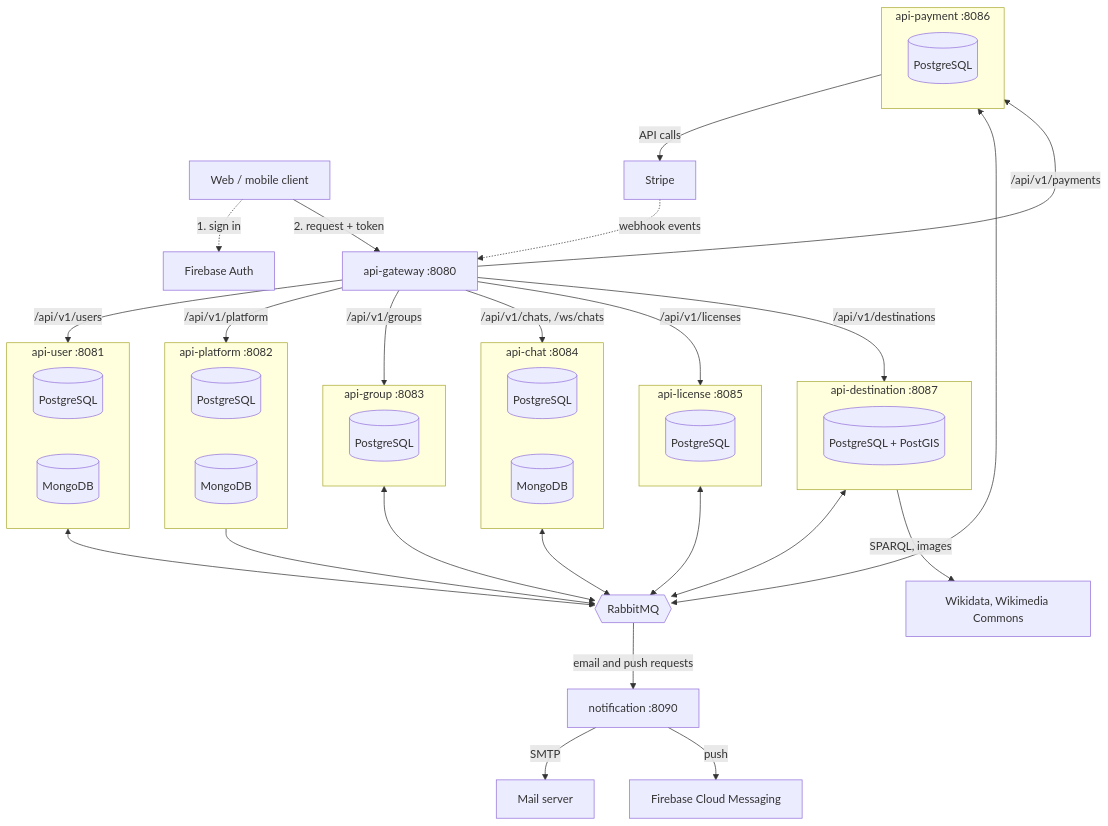
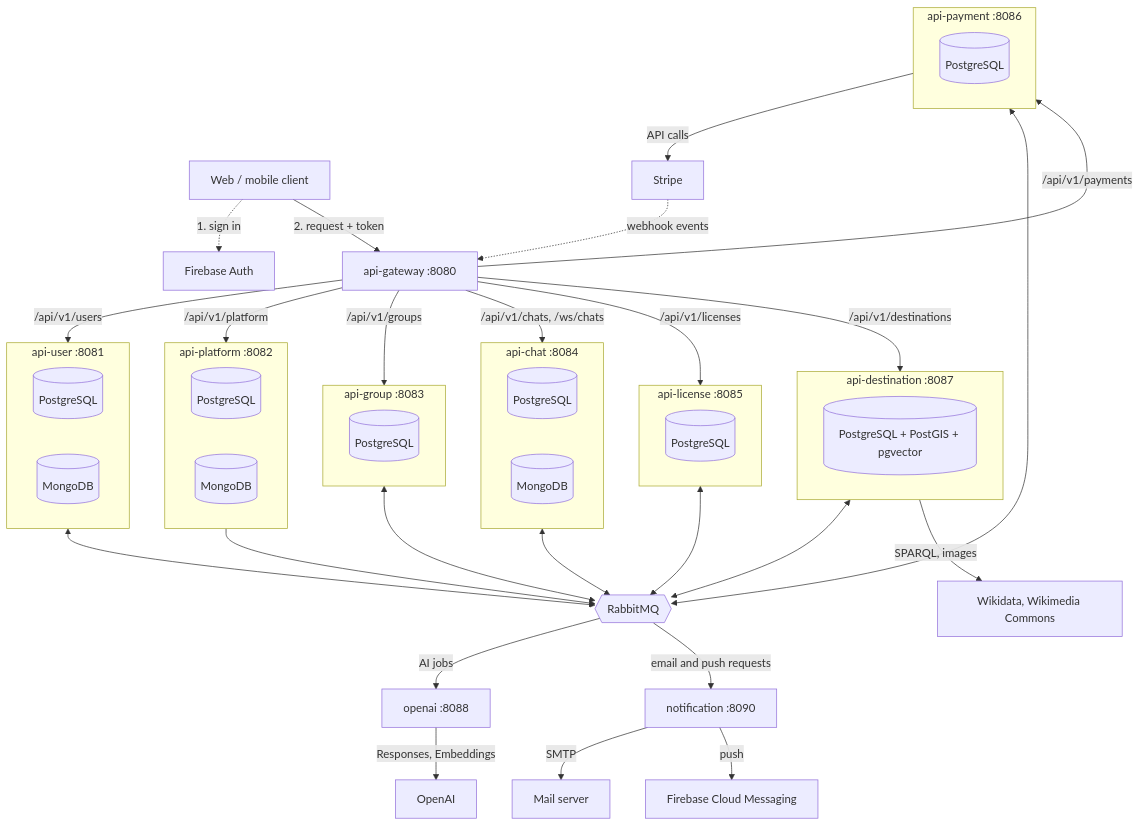
The sixth of 8 diagrams in README.md (dragos-galeteanu/trip-huddle-backend), drawn with Mermaid before and after one commit. The commit also changed other lines of this file and 14 other files, not shown here.

Commit message:
Improve documentation by including software requirements and diagrams with end-to-end flows

````diff
--- a/README.md
+++ b/README.md
@@ -9,59 +279,61 @@
 ```mermaid
 flowchart TB
     C[Web / mobile client]
     FB[Firebase Auth]
     GW[api-gateway :8080]
 
     C -.->|1. sign in| FB
     C -->|2. request + token| GW
 
     subgraph USER[api-user :8081]
         UPG[(PostgreSQL)]
         UMG[(MongoDB)]
     end
     subgraph PLATFORM[api-platform :8082]
         PPG[(PostgreSQL)]
         PMG[(MongoDB)]
     end
     subgraph GROUP[api-group :8083]
         GPG[(PostgreSQL)]
     end
     subgraph CHAT[api-chat :8084]
         CPG[(PostgreSQL)]
         CMG[(MongoDB)]
     end
     subgraph LICENSE[api-license :8085]
         LPG[(PostgreSQL)]
     end
     subgraph PAYMENT[api-payment :8086]
         PAPG[(PostgreSQL)]
     end
     subgraph DESTINATION[api-destination :8087]
-        DPG[(PostgreSQL + PostGIS)]
+        DPG[(PostgreSQL + PostGIS + pgvector)]
     end
     ST[Stripe]
 
     GW -->|/api/v1/users| USER
     GW -->|/api/v1/platform| PLATFORM
     GW -->|/api/v1/groups| GROUP
     GW -->|/api/v1/chats, /ws/chats| CHAT
     GW -->|/api/v1/licenses| LICENSE
     GW -->|/api/v1/payments| PAYMENT
     GW -->|/api/v1/destinations| DESTINATION
     DESTINATION <--> MQ
     DESTINATION -->|SPARQL, images| WM[Wikidata, Wikimedia Commons]
     PAYMENT -->|API calls| ST
     PAYMENT <--> MQ
     ST -.->|webhook events| GW
 
     MQ{{RabbitMQ}}
     USER <--> MQ
     PLATFORM --> MQ
     GROUP <--> MQ
     CHAT <--> MQ
     LICENSE <--> MQ
 
+    MQ -->|AI jobs| O[openai :8088]
+    O -->|Responses, Embeddings| OAI[OpenAI]
     MQ -->|email and push requests| N[notification :8090]
     N -->|SMTP| M[Mail server]
     N -->|push| FCM[Firebase Cloud Messaging]
 ```
````
